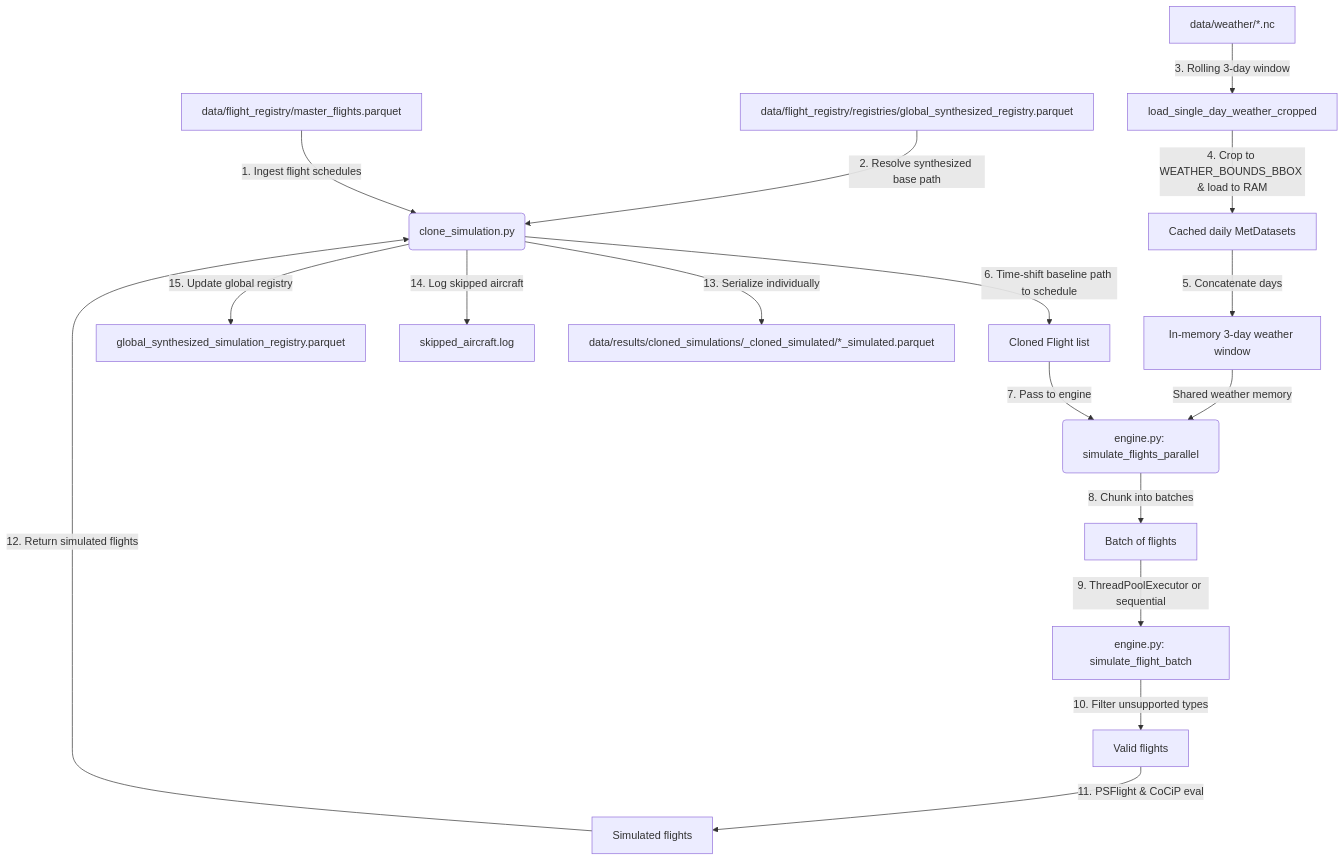
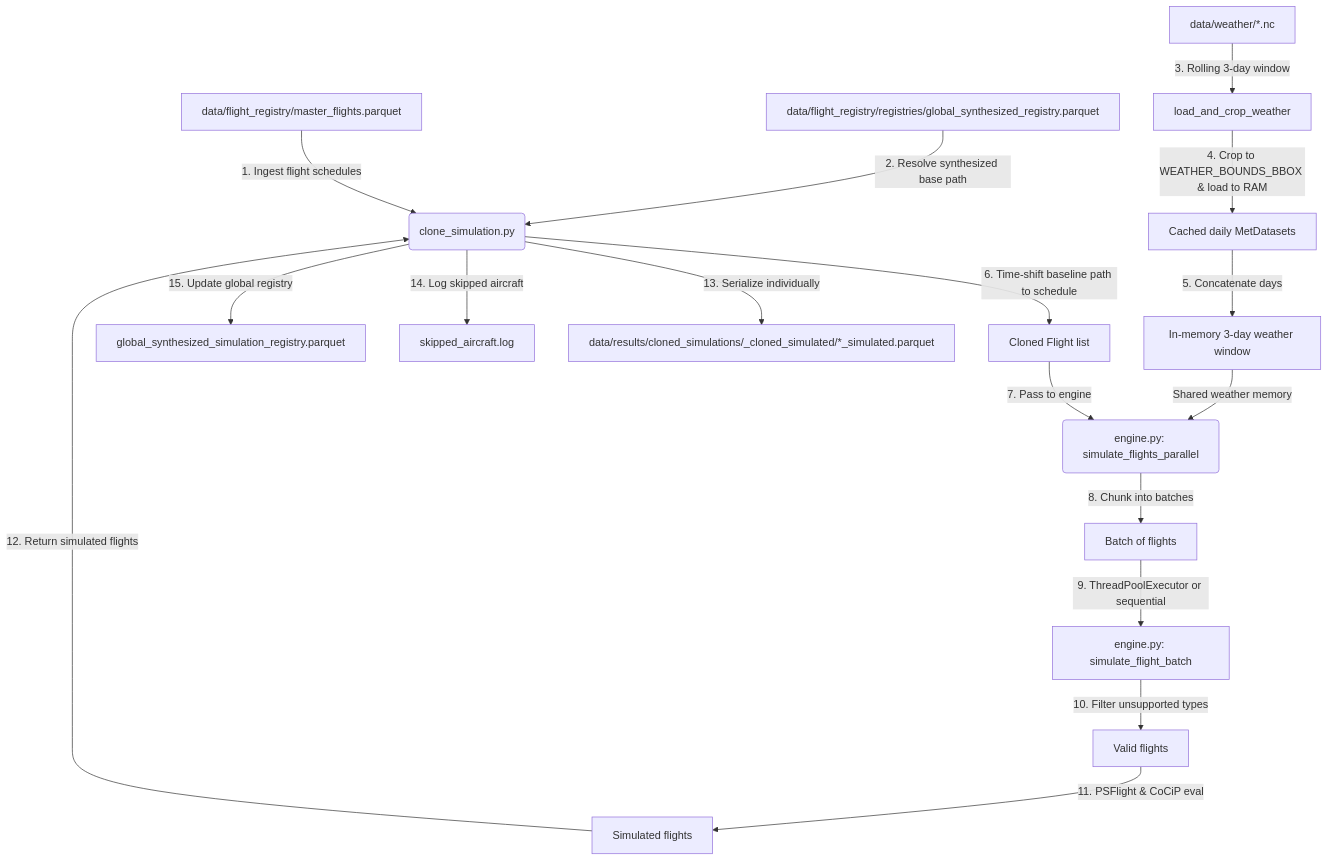
One commit to Bauzement123/flight-physics-pipeline changed the second of 2 diagrams in src/physics/README.md. Above: the diagram before and after it, drawn with Mermaid. The commit also changed other lines of this file and 4 other files, not shown here.

Commit message:
Optimize flight filtering sequence, implement vectorized fleet output splitting, and enhance performance metrics logging

````diff
--- a/src/physics/README.md
+++ b/src/physics/README.md
@@ -93,22 +93,22 @@
 ```mermaid
 graph TD
     A[data/flight_registry/master_flights.parquet] -->|1. Ingest flight schedules| B(clone_simulation.py)
     C[data/flight_registry/registries/global_synthesized_registry.parquet] -->|2. Resolve synthesized base path| B
-    D[data/weather/*.nc] -->|3. Rolling 3-day window| E[load_single_day_weather_cropped]
+    D[data/weather/*.nc] -->|3. Rolling 3-day window| E[load_and_crop_weather]
     E -->|4. Crop to WEATHER_BOUNDS_BBOX & load to RAM| F[Cached daily MetDatasets]
     F -->|5. Concatenate days| G[In-memory 3-day weather window]
     
     B -->|6. Time-shift baseline path to schedule| H[Cloned Flight list]
     H -->|7. Pass to engine| I(engine.py: simulate_flights_parallel)
     G -->|Shared weather memory| I
     
     I -->|8. Chunk into batches| J[Batch of flights]
     J -->|9. ThreadPoolExecutor or sequential| K[engine.py: simulate_flight_batch]
     K -->|10. Filter unsupported types| L[Valid flights]
     L -->|11. PSFlight & CoCiP eval| M[Simulated flights]
     
     M -->|12. Return simulated flights| B
     B -->|13. Serialize individually| N[data/results/cloned_simulations/<route>_cloned_simulated/*_simulated.parquet]
     B -->|14. Log skipped aircraft| O[skipped_aircraft.log]
     B -->|15. Update global registry| P[global_synthesized_simulation_registry.parquet]
 ```
````
